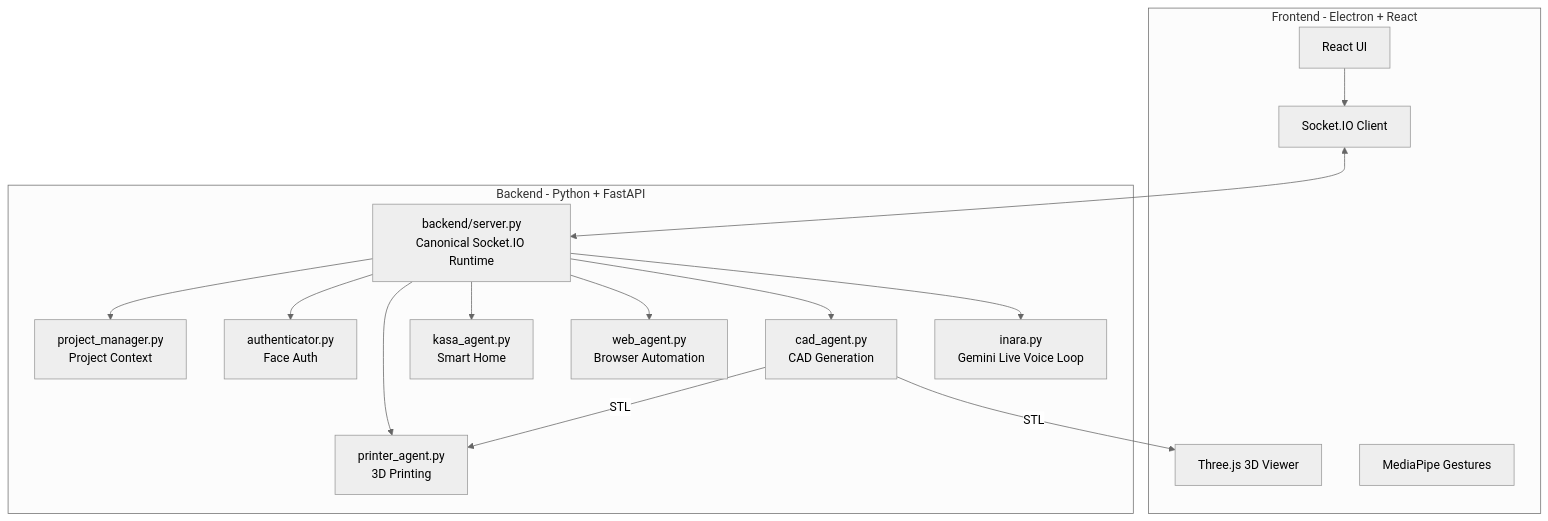
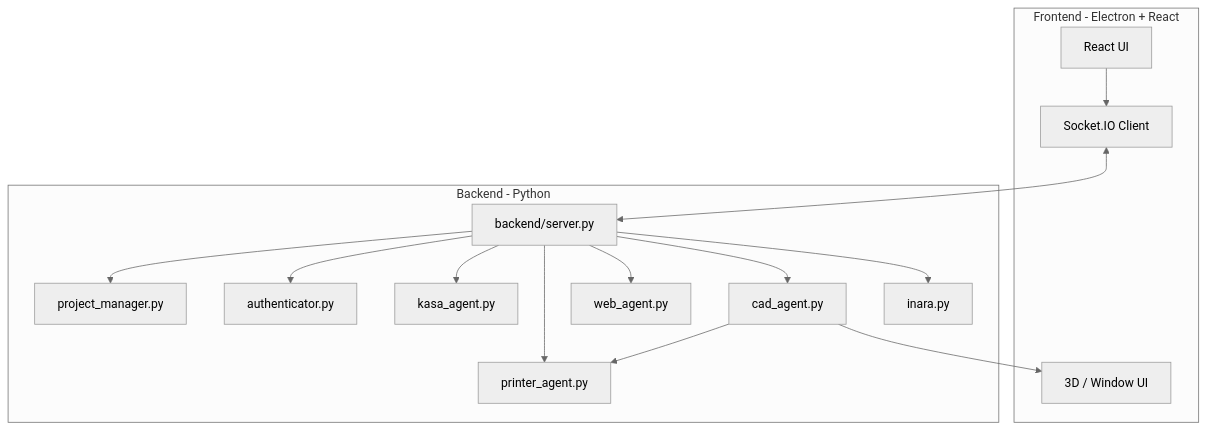
The diagram in README.md (Herorif/INARA), drawn with Mermaid (neutral theme) before and after one commit. The commit also changed other lines of this file, not shown here.

````diff
--- a/README.md
+++ b/README.md
@@ -67,32 +78,31 @@
 ```mermaid
 graph TB
-    subgraph Frontend ["Frontend - Electron + React"]
+    subgraph Frontend["Frontend - Electron + React"]
         UI[React UI]
-        THREE[Three.js 3D Viewer]
-        GESTURE[MediaPipe Gestures]
-        SOCKET_C[Socket.IO Client]
+        SOCKET[Socket.IO Client]
+        VIEWER[3D / Window UI]
     end
 
-    subgraph Backend ["Backend - Python + FastAPI"]
-        SERVER[backend/server.py<br/>Canonical Socket.IO Runtime]
-        LIVE[inara.py<br/>Gemini Live Voice Loop]
-        CAD[cad_agent.py<br/>CAD Generation]
-        WEB[web_agent.py<br/>Browser Automation]
-        PRINTER[printer_agent.py<br/>3D Printing]
-        KASA[kasa_agent.py<br/>Smart Home]
-        AUTH[authenticator.py<br/>Face Auth]
-        PROJECT[project_manager.py<br/>Project Context]
+    subgraph Backend["Backend - Python"]
+        SERVER[backend/server.py]
+        LIVE[inara.py]
+        CAD[cad_agent.py]
+        WEB[web_agent.py]
+        PRINTER[printer_agent.py]
+        KASA[kasa_agent.py]
+        AUTH[authenticator.py]
+        PROJECT[project_manager.py]
     end
 
-    UI --> SOCKET_C
-    SOCKET_C <--> SERVER
+    UI --> SOCKET
+    SOCKET <--> SERVER
     SERVER --> LIVE
     SERVER --> CAD
     SERVER --> WEB
+    SERVER --> PRINTER
     SERVER --> KASA
-    SERVER --> PRINTER
     SERVER --> AUTH
     SERVER --> PROJECT
-    CAD -->|STL| THREE
-    CAD -->|STL| PRINTER
+    CAD --> VIEWER
+    CAD --> PRINTER
 ```
````
